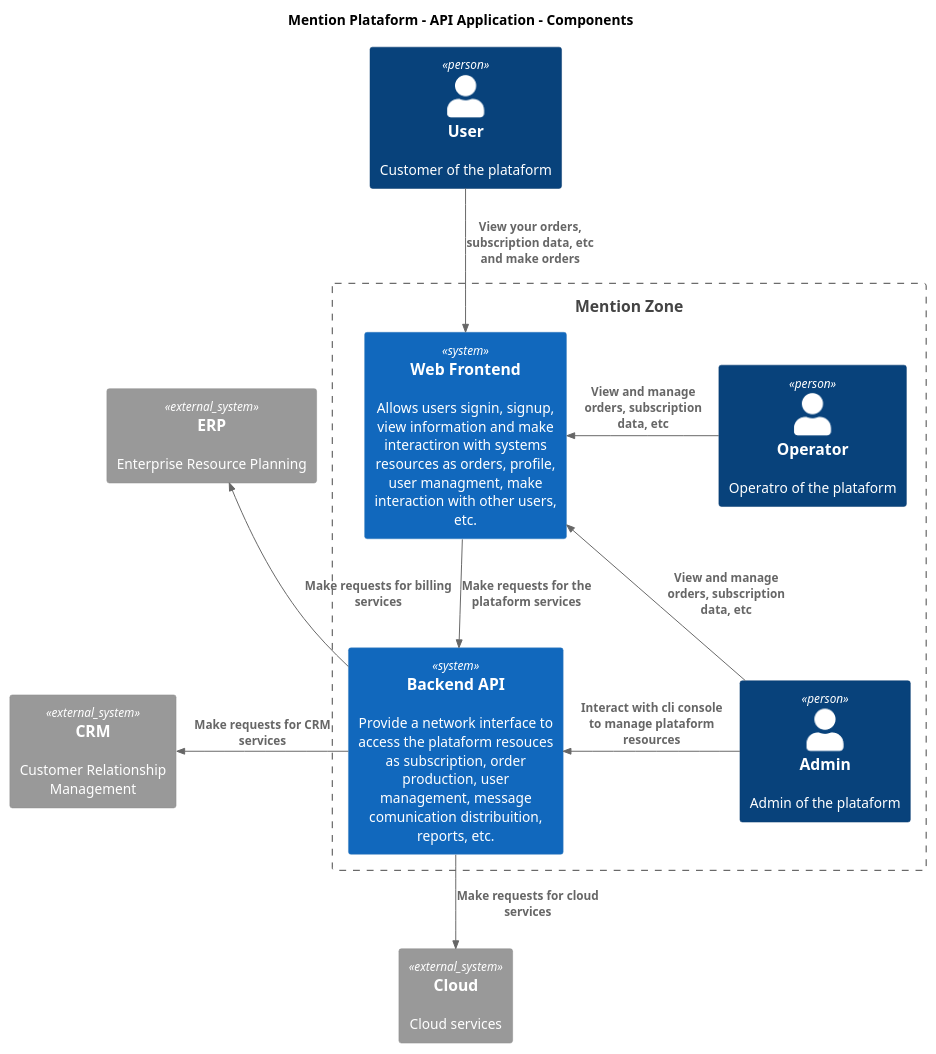
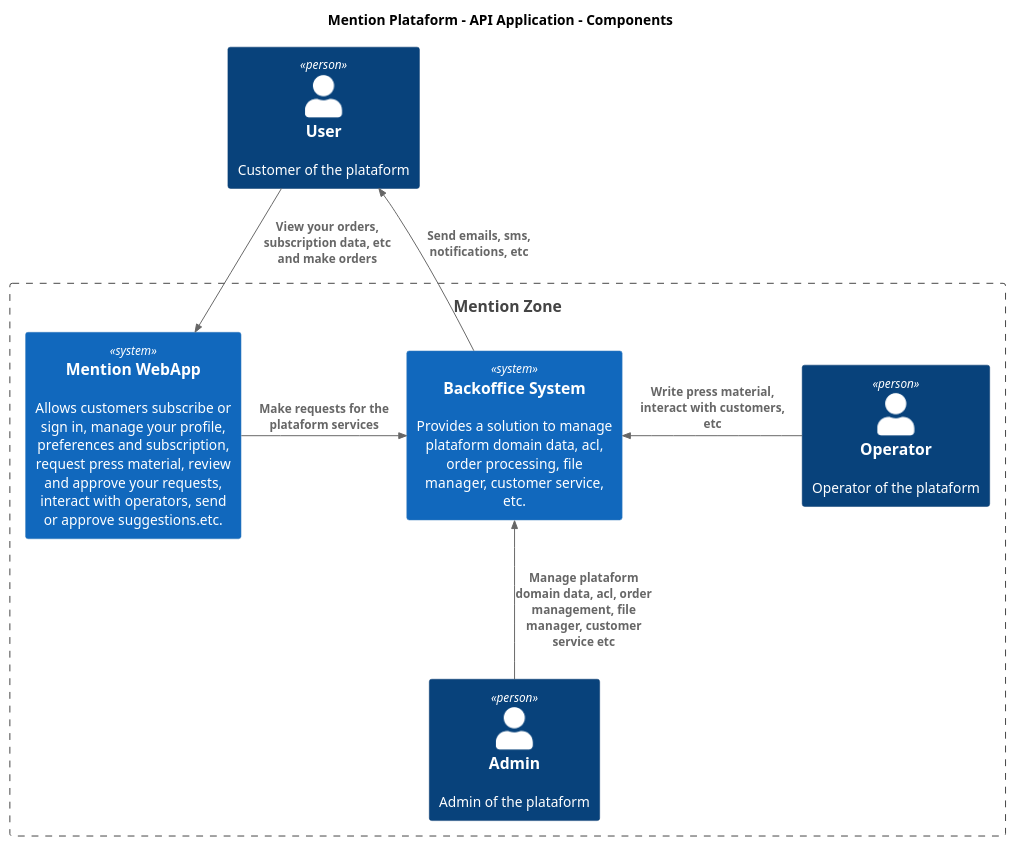
Before and after one commit to mateusmacedo/mostval-plataform: the diagram in docs/diagrams/context.puml, drawn with PlantUML.

Commit message:
docs(context): :books: update platform architecture diagrams and relationships

```diff
--- a/docs/diagrams/context.puml
+++ b/docs/diagrams/context.puml
@@ -1,33 +1,28 @@
 @startuml Mention Plataform
 set separator none
 title Mention Plataform - API Application - Components
 
 ' top to bottom direction
 ' left to right direction
 
 !include <C4/C4>
 !include <C4/C4_Context>
 
 AddBoundaryTag("Mention Plataform")
 Boundary(mention_zone, "Mention Zone") {
-    Person(Operator, "Operator", "Operatro of the plataform", $tags="")
+    Person(Operator, "Operator", "Operator of the plataform", $tags="")
     Person(Admin, "Admin", "Admin of the plataform", $tags="")
-    System(Frontend, "Web Frontend", "Allows users signin, signup, view information and make interactiron with systems resources as orders, profile, user managment, make interaction with other users, etc.", $tags="")
-    System(Backend, "Backend API", "Provide a network interface to access the plataform resouces as subscription, order production, user management, message comunication distribuition, reports, etc.", $tags="")
+    System(MentionWebApp, "Mention WebApp", "Allows customers subscribe or sign in, manage your profile, preferences and subscription, request press material, review and approve your requests, interact with operators, send or approve suggestions.etc.", $tags="")
+    System(MentionBackOffice, "Backoffice System", "Provides a solution to manage plataform domain data, acl, order processing, file manager, customer service, etc.", $tags="")
 }
 
 Person(User, "User", "Customer of the plataform", $tags="")
-System_Ext(Cloud, "Cloud", "Cloud services", $tags="")
-System_Ext(ERP, "ERP", "Enterprise Resource Planning", $tags="")
-System_Ext(CRM, "CRM", "Customer Relationship Management", $tags="")
 
-Rel_D(User, Frontend, "View your orders, subscription data, etc and make orders")
-Rel_D(Frontend, Backend, "Make requests for the plataform services")
-Rel_L(Operator, Frontend, "View and manage orders, subscription data, etc")
-Rel_R(Admin, Frontend, "View and manage orders, subscription data, etc")
-Rel_L(Admin, Backend, "Interact with cli console to manage plataform resources")
-Rel_U(Backend, ERP, "Make requests for billing services")
-Rel_L(Backend, CRM, "Make requests for CRM services")
-Rel_D(Backend, Cloud, "Make requests for cloud services")
+Rel_D(User, MentionWebApp, "View your orders, subscription data, etc and make orders")
+Rel_R(MentionWebApp, MentionBackOffice, "Make requests for the plataform services")
+Rel_L(Operator, MentionBackOffice, "Write press material, interact with customers, etc")
+Rel_U(Admin, MentionBackOffice, "Manage plataform domain data, acl, order management, file manager, customer service etc")
+Rel_U(MentionBackOffice, User, "Send emails, sms, notifications, etc")
+
 
 @enduml
```
